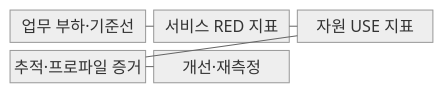
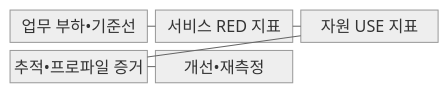
The first of 2 diagrams in src/content/docs/notes/06-evaluation/002_bottleneck_analysis.md (agnusdei1207/knowledge-base), drawn with Mermaid (neutral theme) before and after one commit. The commit also changed other lines of this file and 953 other files, not shown here.

````diff
--- a/src/content/docs/notes/06-evaluation/002_bottleneck_analysis.md
+++ b/src/content/docs/notes/06-evaluation/002_bottleneck_analysis.md
@@ -65,13 +65,13 @@
 ```mermaid
 block-beta
   columns 3
-  W["업무 부하·기준선"]
+  W["업무 부하•기준선"]
   S["서비스 RED 지표"]
   R["자원 USE 지표"]
-  T["추적·프로파일 증거"]
-  V["개선·재측정"]
+  T["추적•프로파일 증거"]
+  V["개선•재측정"]
   W --- S
   S --- R
   R --- T
   T --- V
 ```
````
